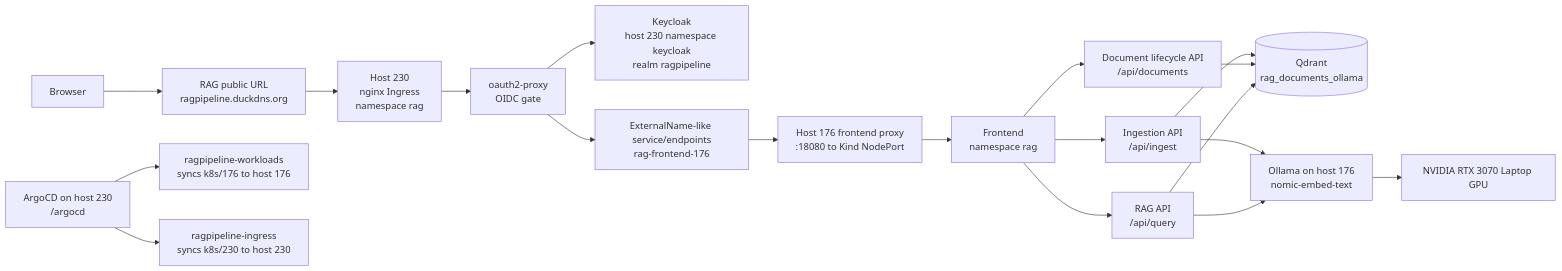
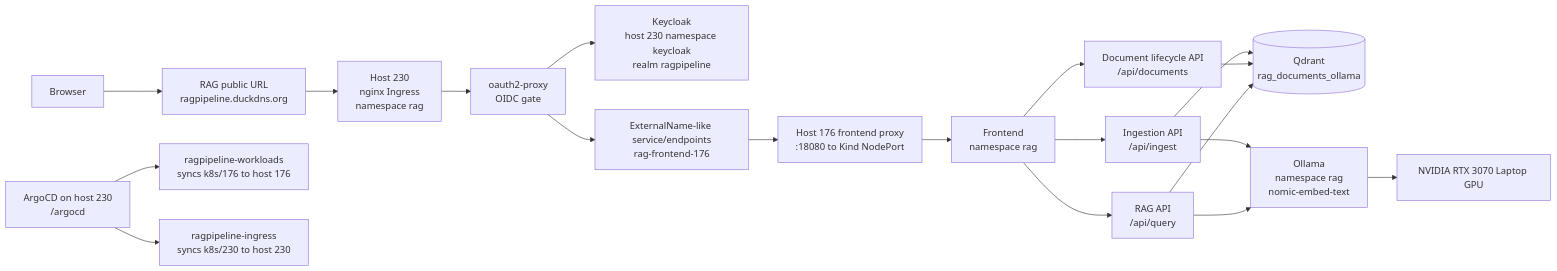
The diagram in README.md (rawhideron/ragpipeline), drawn with Mermaid before and after one commit. The commit also changed other lines of this file and 5 other files, not shown here.

First line of the commit message:
Run Ollama in-cluster on the GPU instead of on the host

````diff
--- a/README.md
+++ b/README.md
@@ -31,22 +31,22 @@
 ```mermaid
 flowchart LR
   user[Browser] --> public[RAG public URL<br/>ragpipeline.duckdns.org]
   public --> ingress230[Host 230<br/>nginx Ingress<br/>namespace rag]
   ingress230 --> oauth[oauth2-proxy<br/>OIDC gate]
   oauth --> keycloak[Keycloak<br/>host 230 namespace keycloak<br/>realm ragpipeline]
   oauth --> frontendSvc[ExternalName-like service/endpoints<br/>rag-frontend-176]
   frontendSvc --> proxy176[Host 176 frontend proxy<br/>:18080 to Kind NodePort]
   proxy176 --> frontend[Frontend<br/>namespace rag]
   frontend --> ingest[Ingestion API<br/>/api/ingest]
   frontend --> docs[Document lifecycle API<br/>/api/documents]
   frontend --> ragapi[RAG API<br/>/api/query]
   ingest --> qdrant[(Qdrant<br/>rag_documents_ollama)]
   docs --> qdrant
   ragapi --> qdrant
-  ingest --> ollama[Ollama on host 176<br/>nomic-embed-text]
+  ingest --> ollama[Ollama<br/>namespace rag<br/>nomic-embed-text]
   ragapi --> ollama
   ollama --> gpu[NVIDIA RTX 3070 Laptop GPU]
 
   argocd[ArgoCD on host 230<br/>/argocd] --> app1[ragpipeline-workloads<br/>syncs k8s/176 to host 176]
   argocd --> app2[ragpipeline-ingress<br/>syncs k8s/230 to host 230]
 ```
````
